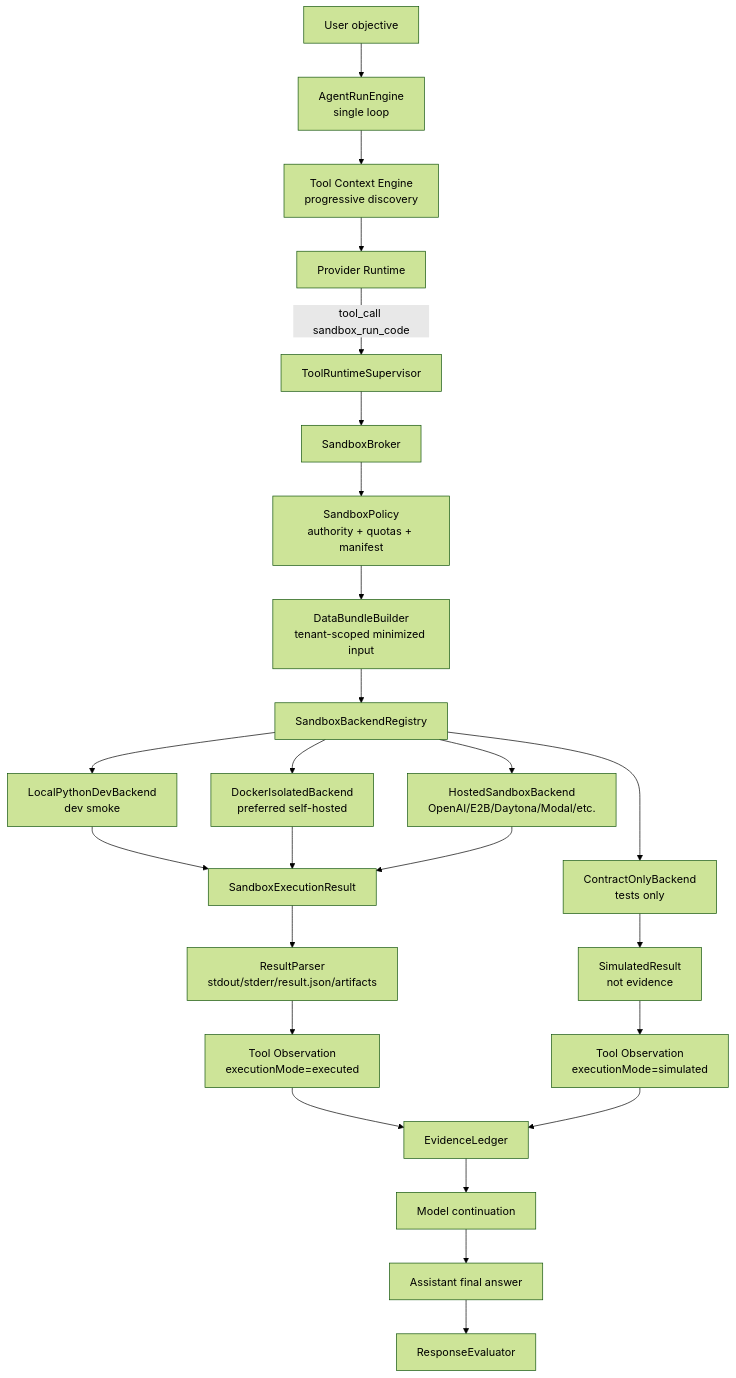
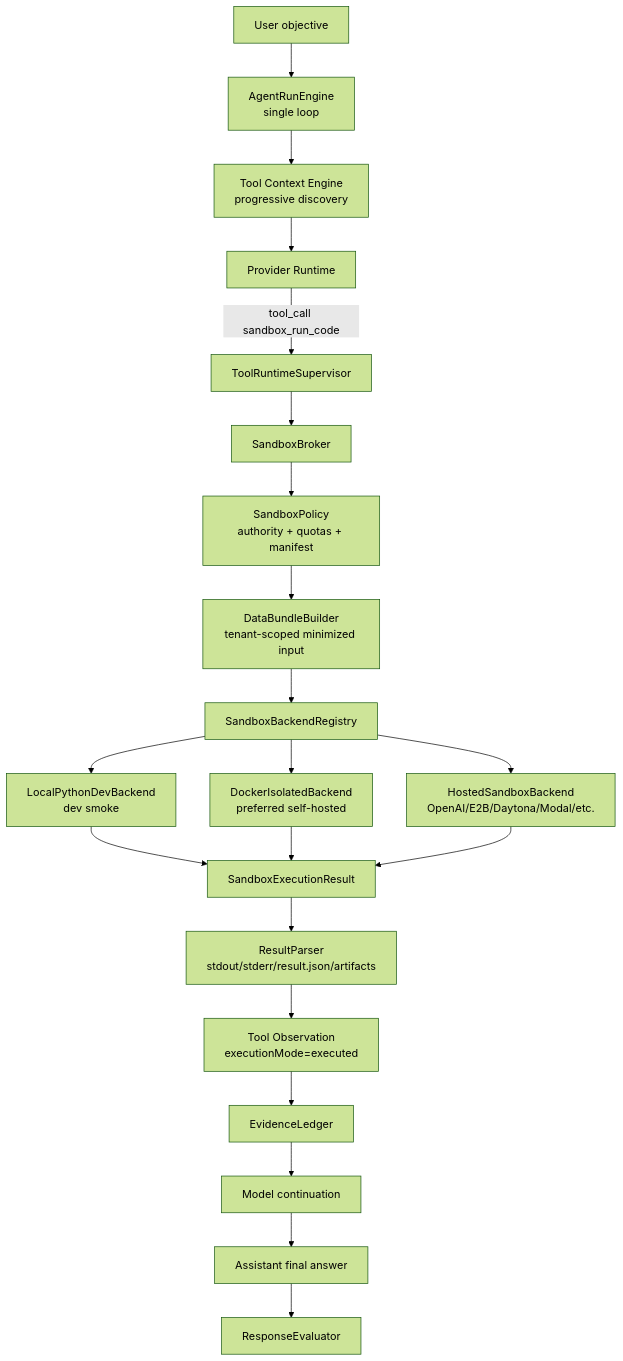
The diagram in docs/adr/0026-real-manifest-scoped-sandbox-runtime.md (Suysker/xox-model), drawn with Mermaid (forest theme) before and after one commit. The commit also changed other lines of this file and 1 other file, not shown here.

Commit message:
Clarify real sandbox backend requirements

````diff
--- a/docs/adr/0026-real-manifest-scoped-sandbox-runtime.md
+++ b/docs/adr/0026-real-manifest-scoped-sandbox-runtime.md
@@ -121,32 +122,28 @@
 ```mermaid
 flowchart TD
   User["User objective"] --> Engine["AgentRunEngine<br/>single loop"]
   Engine --> Catalog["Tool Context Engine<br/>progressive discovery"]
   Catalog --> Model["Provider Runtime"]
   Model -->|tool_call sandbox_run_code| ToolRuntime["ToolRuntimeSupervisor"]
 
   ToolRuntime --> Broker["SandboxBroker"]
   Broker --> Policy["SandboxPolicy<br/>authority + quotas + manifest"]
   Policy --> Bundle["DataBundleBuilder<br/>tenant-scoped minimized input"]
   Bundle --> Registry["SandboxBackendRegistry"]
 
-  Registry --> ContractOnly["ContractOnlyBackend<br/>tests only"]
   Registry --> LocalPython["LocalPythonDevBackend<br/>dev smoke"]
   Registry --> Docker["DockerIsolatedBackend<br/>preferred self-hosted"]
   Registry --> Hosted["HostedSandboxBackend<br/>OpenAI/E2B/Daytona/Modal/etc."]
 
   LocalPython --> Result["SandboxExecutionResult"]
   Docker --> Result
   Hosted --> Result
-  ContractOnly --> Simulated["SimulatedResult<br/>not evidence"]
 
   Result --> Parser["ResultParser<br/>stdout/stderr/result.json/artifacts"]
   Parser --> Observation["Tool Observation<br/>executionMode=executed"]
-  Simulated --> Observation2["Tool Observation<br/>executionMode=simulated"]
 
   Observation --> Evidence["EvidenceLedger"]
-  Observation2 --> Evidence
   Evidence --> Model2["Model continuation"]
   Model2 --> Final["Assistant final answer"]
   Final --> ResponseEval["ResponseEvaluator"]
 ```
````
